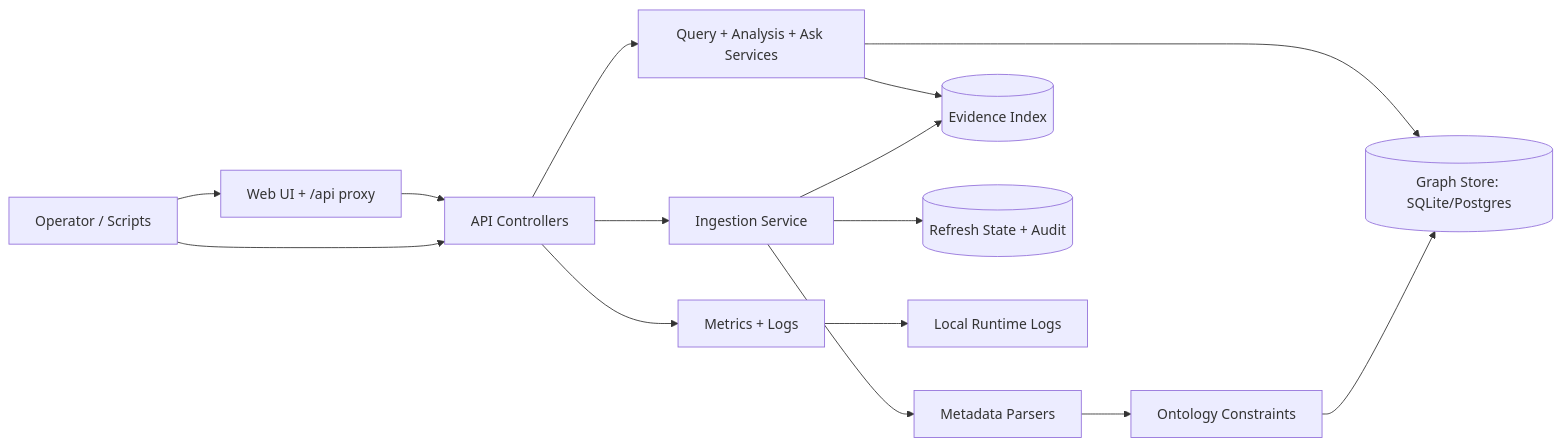
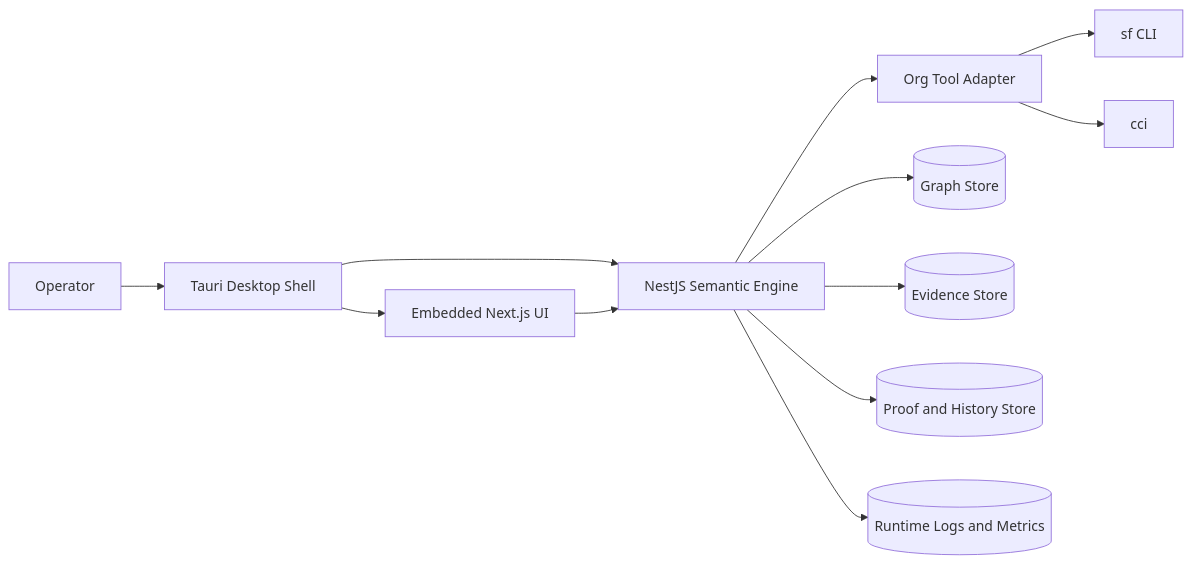
Before and after one commit to DigitalDreams-ai/OrgGraph: the second of 2 diagrams in docs/ORGUMENTED_LIFECYCLE.md, drawn with Mermaid. The commit also changed other lines of this file and 15 other files, not shown here.

Commit message:
docs(core): consolidate desktop operator guidance

````diff
--- a/docs/ORGUMENTED_LIFECYCLE.md
+++ b/docs/ORGUMENTED_LIFECYCLE.md
@@ -178,21 +125,14 @@
 ```mermaid
 graph LR
-    User[Operator / Scripts] --> Web[Web UI + /api proxy]
-    User --> API[API Controllers]
-    Web --> API
-
-    API --> Ingestion[Ingestion Service]
-    API --> Query[Query + Analysis + Ask Services]
-
-    Ingestion --> Parsers[Metadata Parsers]
-    Parsers --> Ontology[Ontology Constraints]
-    Ontology --> Graph[(Graph Store: SQLite/Postgres)]
-    Ingestion --> Evidence[(Evidence Index)]
-    Ingestion --> State[(Refresh State + Audit)]
-
-    Query --> Graph
-    Query --> Evidence
-
-    API --> Metrics[Metrics + Logs]
-    Metrics --> Logs[Local Runtime Logs]
+    A[Operator] --> B[Tauri Desktop Shell]
+    B --> C[Embedded Next.js UI]
+    B --> D[NestJS Semantic Engine]
+    D --> E[Org Tool Adapter]
+    E --> F[sf CLI]
+    E --> G[cci]
+    D --> H[(Graph Store)]
+    D --> I[(Evidence Store)]
+    D --> J[(Proof and History Store)]
+    D --> K[(Runtime Logs and Metrics)]
+    C --> D
 ```
````
